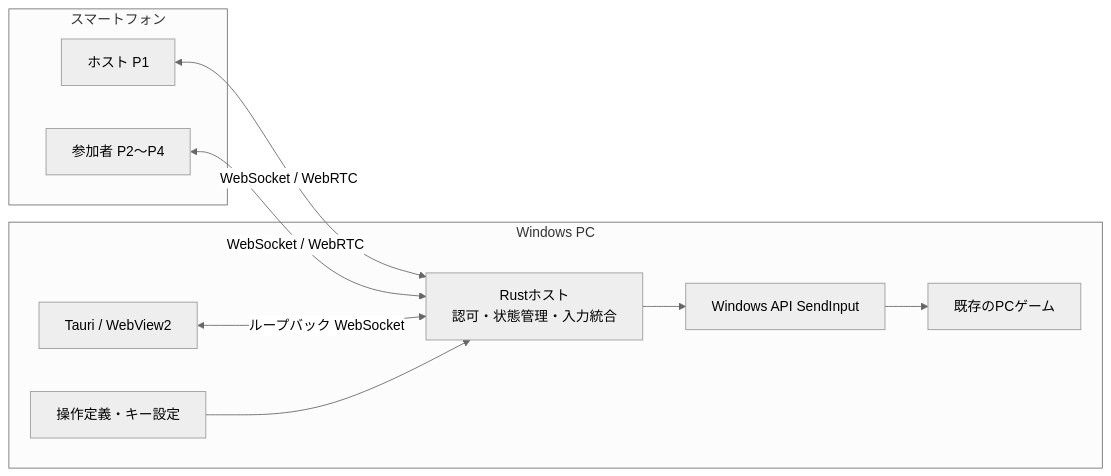
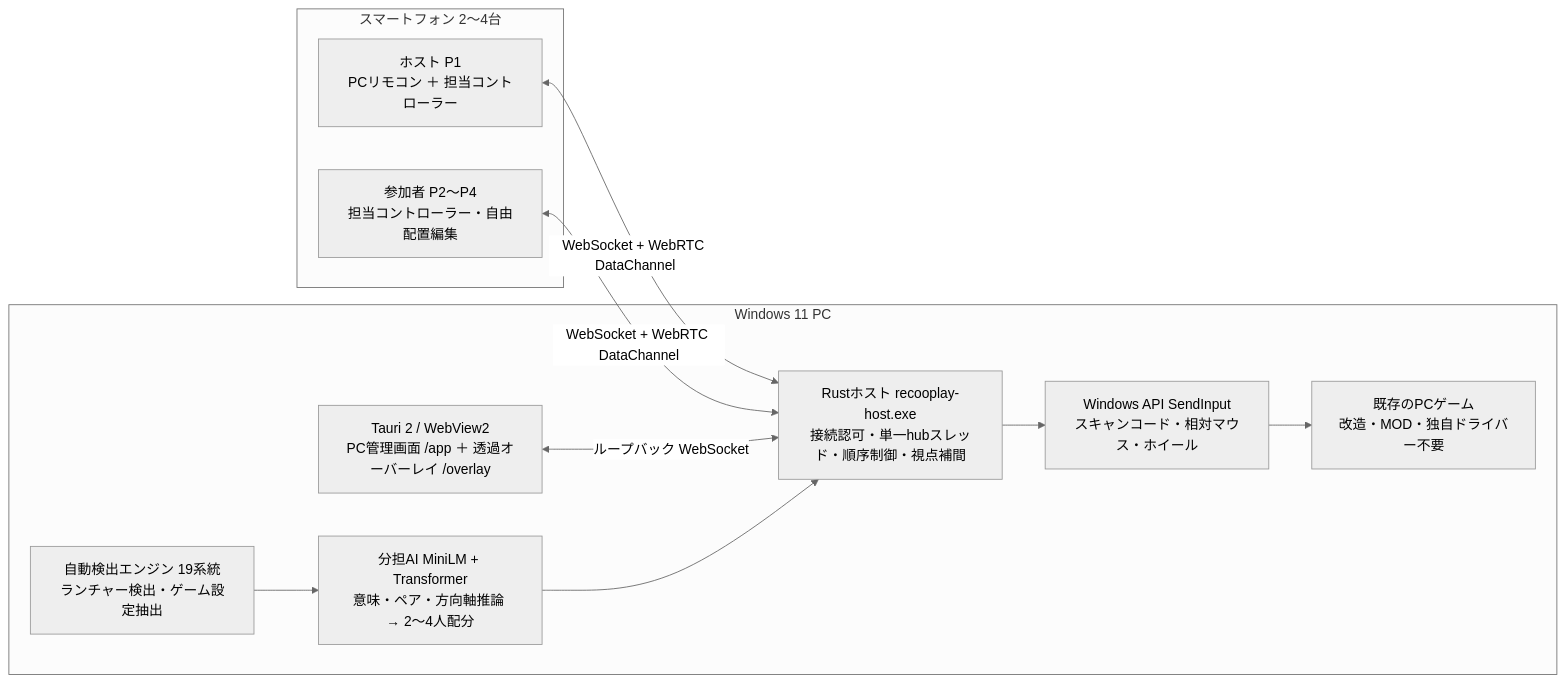
The first of 2 diagrams in docs/README.md (jphacks/kz_2613), drawn with Mermaid (neutral theme) before and after one commit. The commit also changed other lines of this file and 10 other files, not shown here.

````diff
--- a/docs/README.md
+++ b/docs/README.md
@@ -36,19 +41,20 @@
 ```mermaid
 flowchart LR
-    subgraph Phones[スマートフォン]
-        Host[ホスト P1]
-        Players[参加者 P2〜P4]
+    subgraph Phones[スマートフォン 2〜4台]
+        Host[ホスト P1<br/>PCリモコン ＋ 担当コントローラー]
+        Players[参加者 P2〜P4<br/>担当コントローラー・自由配置編集]
     end
-    subgraph PC[Windows PC]
-        Tauri[Tauri / WebView2]
-        Rust[Rustホスト<br/>認可・状態管理・入力統合]
-        Input[Windows API SendInput]
-        Game[既存のPCゲーム]
-        Profiles[操作定義・キー設定]
+    subgraph PC[Windows 11 PC]
+        Tauri[Tauri 2 / WebView2<br/>PC管理画面 /app ＋ 透過オーバーレイ /overlay]
+        Rust[Rustホスト recooplay-host.exe<br/>接続認可・単一hubスレッド・順序制御・視点補間]
+        Detect[自動検出エンジン 19系統<br/>ランチャー検出・ゲーム設定抽出]
+        AI[分担AI MiniLM + Transformer<br/>意味・ペア・方向軸推論 → 2〜4人配分]
+        Input[Windows API SendInput<br/>スキャンコード・相対マウス・ホイール]
+        Game[既存のPCゲーム<br/>改造・MOD・独自ドライバー不要]
     end
-    Host <-->|WebSocket / WebRTC| Rust
-    Players <-->|WebSocket / WebRTC| Rust
+    Host <-->|WebSocket + WebRTC DataChannel| Rust
+    Players <-->|WebSocket + WebRTC DataChannel| Rust
     Tauri <-->|ループバック WebSocket| Rust
-    Profiles --> Rust
+    Detect --> AI --> Rust
     Rust --> Input --> Game
 ```
````
